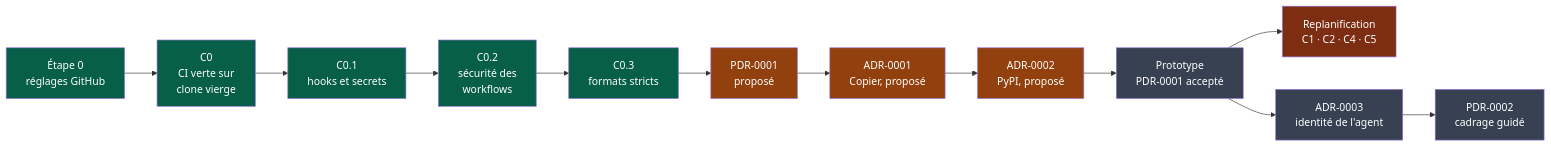
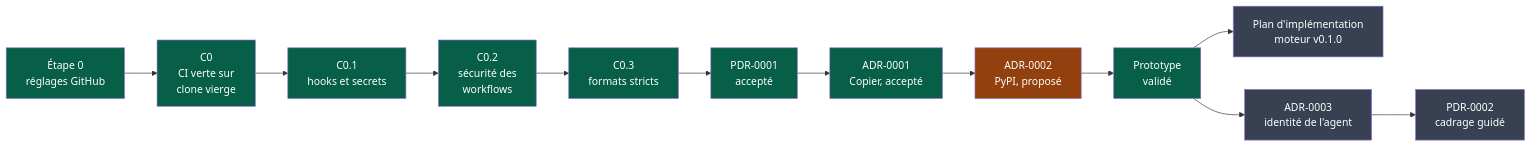
One commit to NapkinStack/engineering-os changed the first of 2 diagrams in docs/governance/chantiers.md. Above: the diagram before and after it, drawn with Mermaid. The commit also changed other lines of this file and 5 other files, not shown here.

First line of the commit message:
Acceptation de PDR-0001 et ADR-0001 après prototype (#12)

````diff
--- a/docs/governance/chantiers.md
+++ b/docs/governance/chantiers.md
@@ -10,19 +10,19 @@
 ```mermaid
 flowchart LR
     S0["Étape 0<br/>réglages GitHub"]:::fait --> C0["C0<br/>CI verte sur<br/>clone vierge"]:::fait
     C0 --> C01["C0.1<br/>hooks et secrets"]:::fait
     C01 --> C02["C0.2<br/>sécurité des<br/>workflows"]:::fait
     C02 --> C03["C0.3<br/>formats stricts"]:::fait
-    C03 --> PDR["PDR-0001<br/>proposé"]:::partiel
-    PDR --> A1["ADR-0001<br/>Copier, proposé"]:::partiel
+    C03 --> PDR["PDR-0001<br/>accepté"]:::fait
+    PDR --> A1["ADR-0001<br/>Copier, accepté"]:::fait
     A1 --> A2["ADR-0002<br/>PyPI, proposé"]:::partiel
-    A2 --> PT["Prototype<br/>PDR-0001 accepté"]:::afaire
-    PT --> RP["Replanification<br/>C1 · C2 · C4 · C5"]:::bloque
+    A2 --> PT["Prototype<br/>validé"]:::fait
+    PT --> RP["Plan d'implémentation<br/>moteur v0.1.0"]:::afaire
     PT --> A3["ADR-0003<br/>identité de l'agent"]:::afaire
     A3 --> P2["PDR-0002<br/>cadrage guidé"]:::afaire
 
     classDef fait fill:#065f46,color:#fff
     classDef partiel fill:#92400e,color:#fff
     classDef afaire fill:#374151,color:#fff
     classDef bloque fill:#7c2d12,color:#fff
 ```
````
